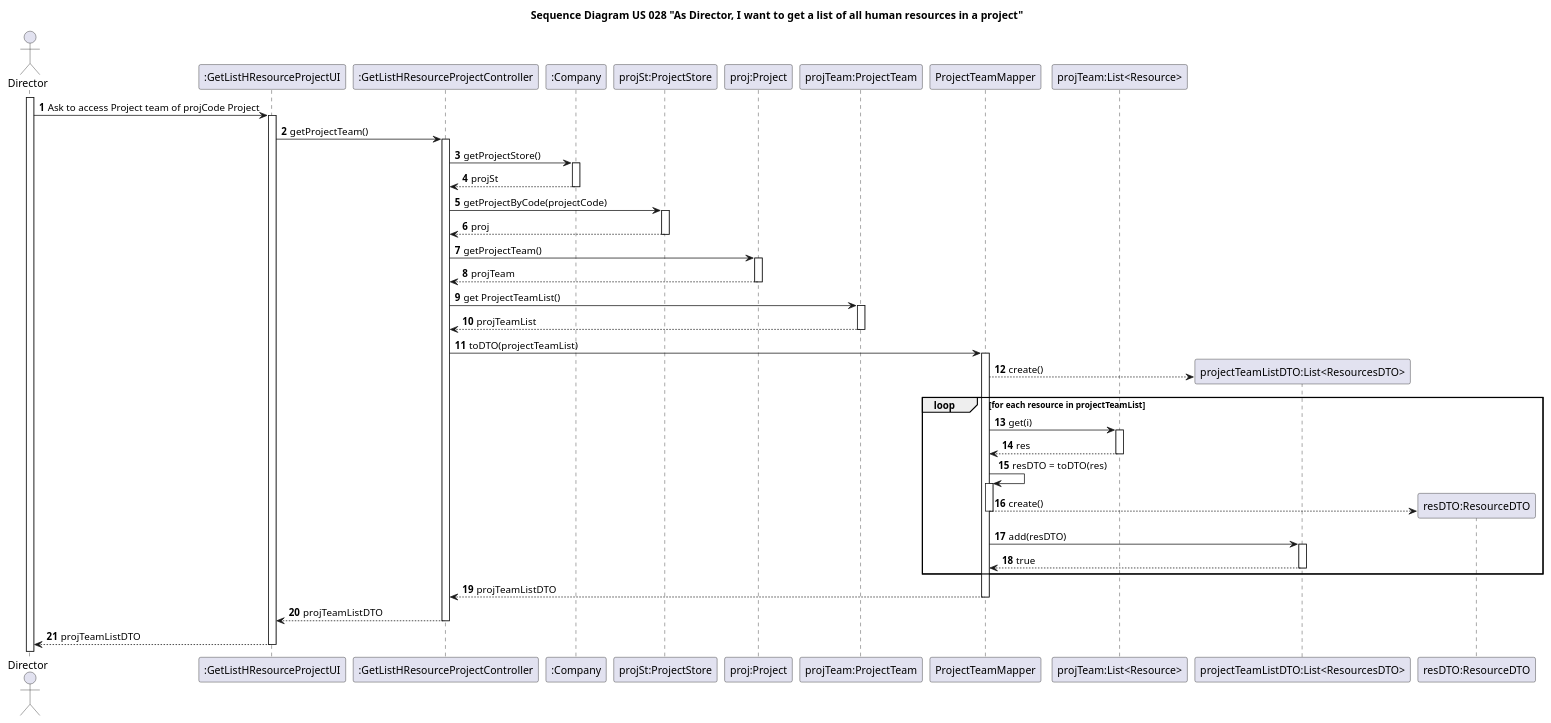
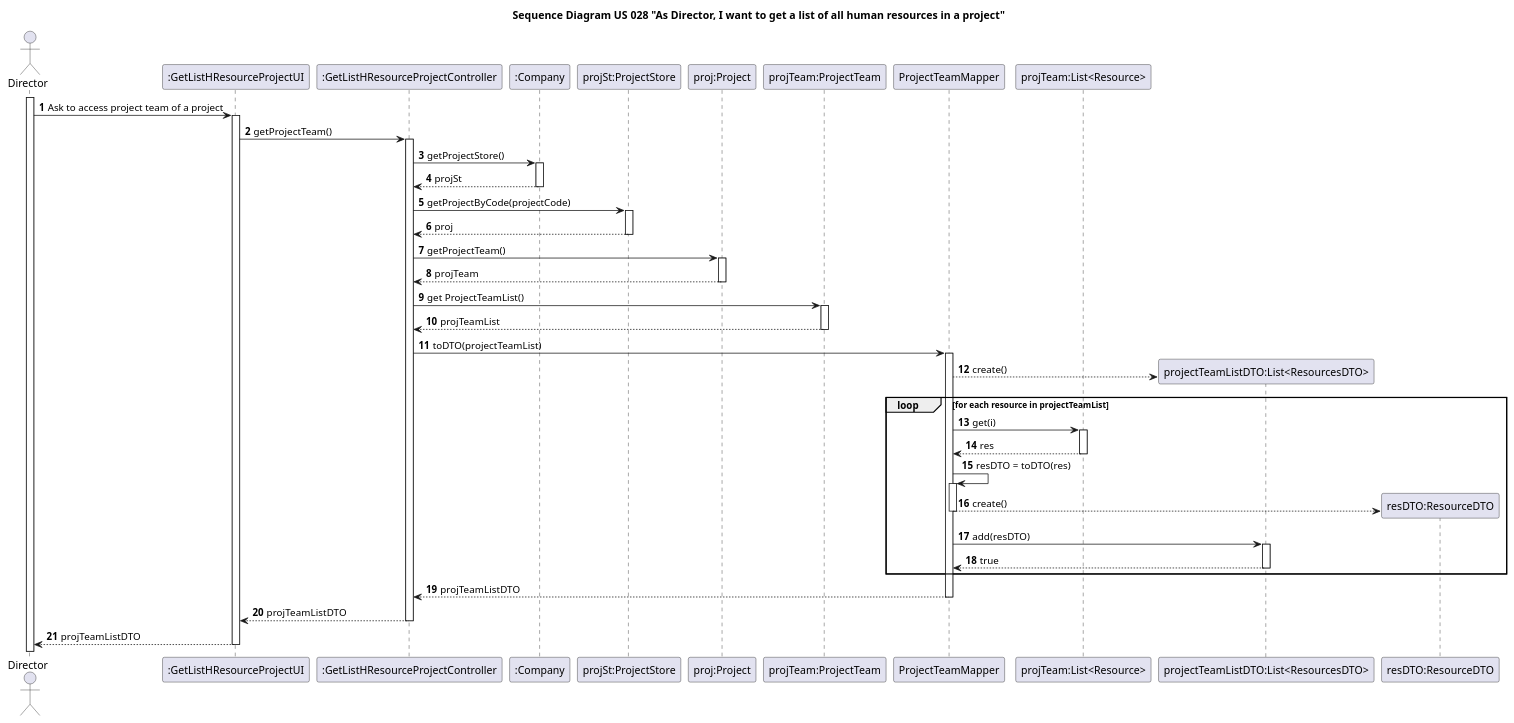
Before and after one commit to nunogon1211787/projectManagement: the diagram in docs/Sprint3/US028/US028-SD.puml, drawn with PlantUML. The commit also changed 4 other files, not shown here.

```diff
--- a/docs/Sprint3/US028/US028-SD.puml
+++ b/docs/Sprint3/US028/US028-SD.puml
@@ -1,48 +1,48 @@
 @startuml
 'https://plantuml.com/sequence-diagram
 
 title Sequence Diagram US 028 "As Director, I want to get a list of all human resources in a project"
 
 autoactivate on
 autonumber
 
 actor "Director" as Director
 participant ":GetListHResourceProjectUI" as UI
 participant ":GetListHResourceProjectController" as Controller
 participant ":Company" as Company
 participant "projSt:ProjectStore" as ProjectStore
 participant "proj:Project" as Project
 participant "projTeam:ProjectTeam" as ProjectTeam
 participant "ProjectTeamMapper" as ProjectTeamMapper
 participant "projTeam:List<Resource>" as ProjectTeam2
 participant "projectTeamListDTO:List<ResourcesDTO>" as ProjectTeamDTO
 participant "resDTO:ResourceDTO" as ResourceDTO
 
 activate Director
 
-Director -> UI: Ask to access Project team of projCode Project
+Director -> UI: Ask to access project team of a project
 UI -> Controller: getProjectTeam()
 Controller -> Company: getProjectStore()
 Company --> Controller: projSt
 Controller -> ProjectStore: getProjectByCode(projectCode)
 ProjectStore --> Controller: proj
 Controller -> Project: getProjectTeam()
 Project --> Controller: projTeam
 Controller -> ProjectTeam: get ProjectTeamList()
 ProjectTeam --> Controller: projTeamList
 Controller -> ProjectTeamMapper : toDTO(projectTeamList)
 ProjectTeamMapper --> ProjectTeamDTO**: create()
 loop for each resource in projectTeamList
 ProjectTeamMapper -> ProjectTeam2: get(i)
 ProjectTeam2 --> ProjectTeamMapper: res
 ProjectTeamMapper -> ProjectTeamMapper: resDTO = toDTO(res)
 ProjectTeamMapper --> ResourceDTO**: create()
 deactivate ProjectTeamMapper
 ProjectTeamMapper -> ProjectTeamDTO: add(resDTO)
 ProjectTeamDTO --> ProjectTeamMapper: true
 end
 ProjectTeamMapper --> Controller: projTeamListDTO
 Controller --> UI: projTeamListDTO
 UI --> Director: projTeamListDTO
 
 @enduml
```
